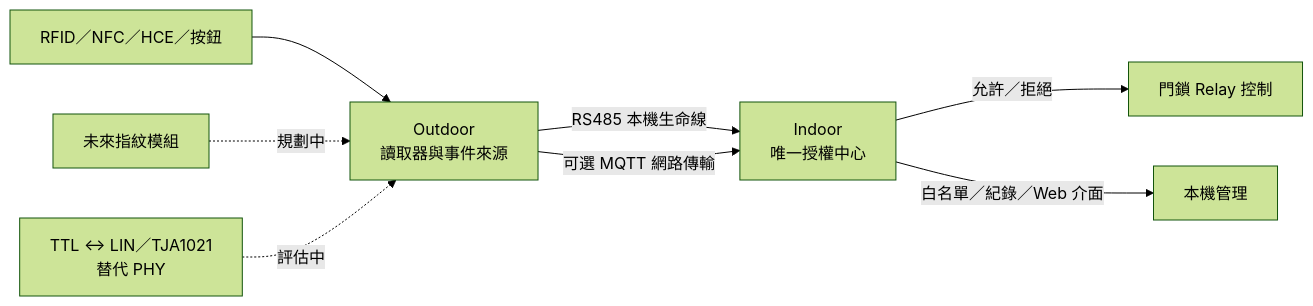
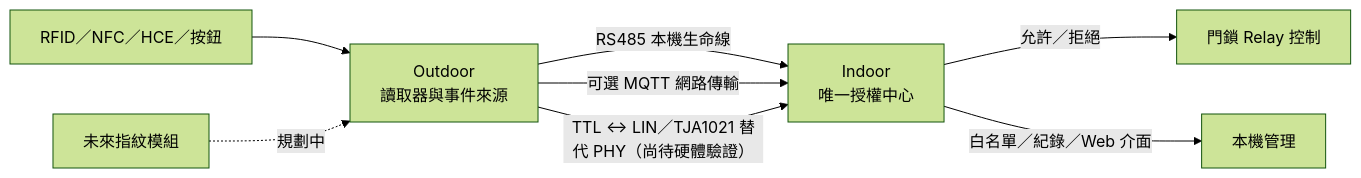
Before and after one commit to masini1491/access-control-system-showcase: the diagram in README.md, drawn with Mermaid (forest theme).

Commit message:
Clarify LIN transport architecture diagram

````diff
--- a/README.md
+++ b/README.md
@@ -9,10 +9,10 @@
 ```mermaid
 flowchart LR
     RFID[RFID／NFC／HCE／按鈕] --> Outdoor[Outdoor<br/>讀取器與事件來源]
     Fingerprint[未來指紋模組] -. 規劃中 .-> Outdoor
     Outdoor -->|RS485 本機生命線| Indoor[Indoor<br/>唯一授權中心]
     Outdoor -->|可選 MQTT 網路傳輸| Indoor
+    Outdoor -->|TTL ↔ LIN／TJA1021 替代 PHY（尚待硬體驗證）| Indoor
     Indoor -->|允許／拒絕| Relay[門鎖 Relay 控制]
     Indoor -->|白名單／紀錄／Web 介面| Admin[本機管理]
-    LIN[TTL ↔ LIN／TJA1021<br/>替代 PHY] -. 評估中 .-> Outdoor
 ```
````
